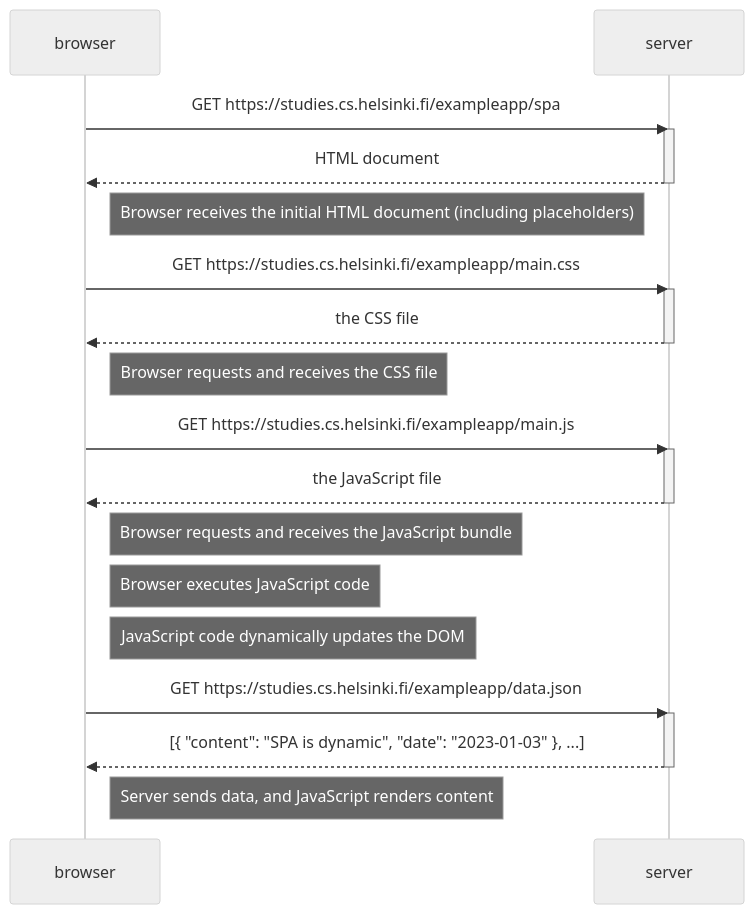
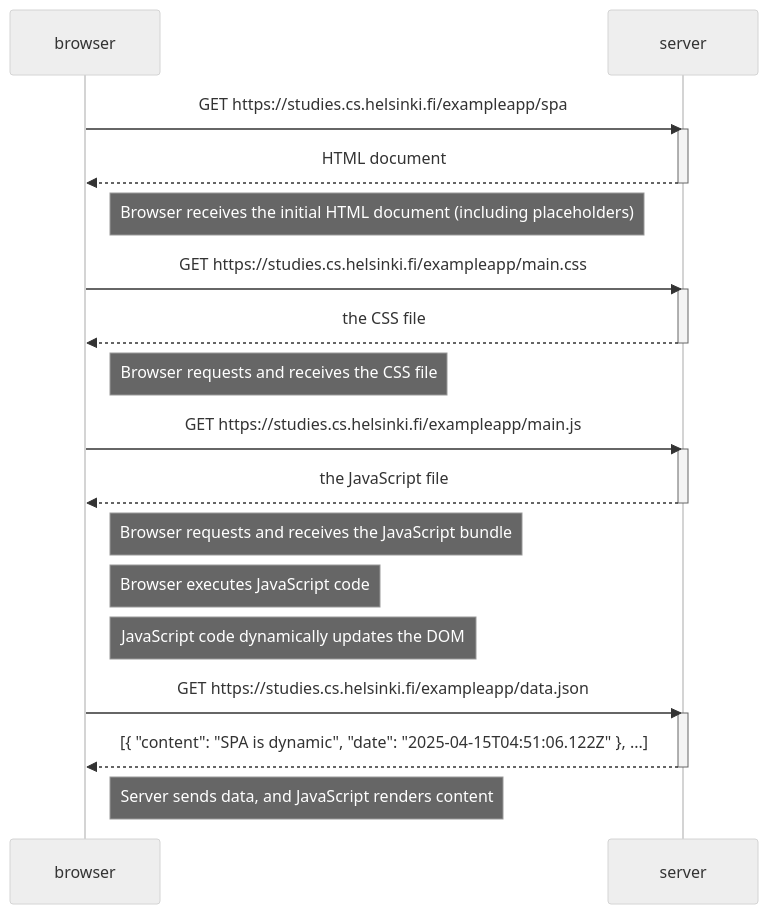
One commit to ephemeral172/FullStackOpen changed the diagram in part0/Exercises 0.1-0.6/0.5 Single page app diagram.md. Above: the diagram before and after it, drawn with Mermaid (neutral theme).

Commit message:
Update 0.5 Single page app diagram.md

````diff
--- a/part0/Exercises 0.1-0.6/0.5 Single page app diagram.md
+++ b/part0/Exercises 0.1-0.6/0.5 Single page app diagram.md
@@ -1,53 +1,53 @@
 ```mermaid
 
 sequenceDiagram
 
     participant browser
 
     participant server
 
     browser->>server: GET https://studies.cs.helsinki.fi/exampleapp/spa
 
     activate server
 
     server-->>browser: HTML document
 
     deactivate server
 
     Note right of browser: Browser receives the initial HTML document (including placeholders)
 
     browser->>server: GET https://studies.cs.helsinki.fi/exampleapp/main.css
 
     activate server
 
     server-->>browser: the CSS file
 
     deactivate server
 
     Note right of browser: Browser requests and receives the CSS file
 
     browser->>server: GET https://studies.cs.helsinki.fi/exampleapp/main.js
 
     activate server
 
     server-->>browser: the JavaScript file
 
     deactivate server
 
     Note right of browser: Browser requests and receives the JavaScript bundle
 
     Note right of browser: Browser executes JavaScript code
 
     Note right of browser: JavaScript code dynamically updates the DOM
 
     browser->>server: GET https://studies.cs.helsinki.fi/exampleapp/data.json
 
     activate server
 
-    server-->>browser: [{ "content": "SPA is dynamic", "date": "2023-01-03" }, ...]
+    server-->>browser: [{ "content": "SPA is dynamic", "date": "2025-04-15T04:51:06.122Z" }, ...]
 
     deactivate server
 
     Note right of browser: Server sends data, and JavaScript renders content
 
 ```
````
